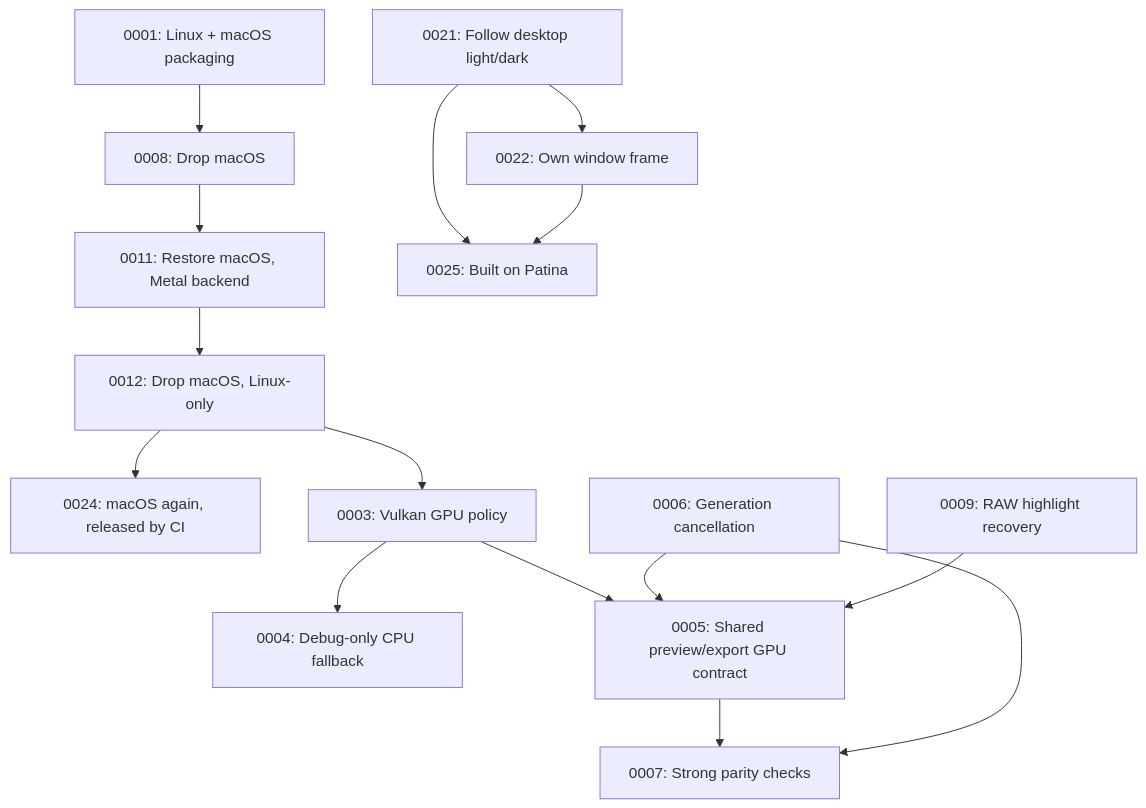
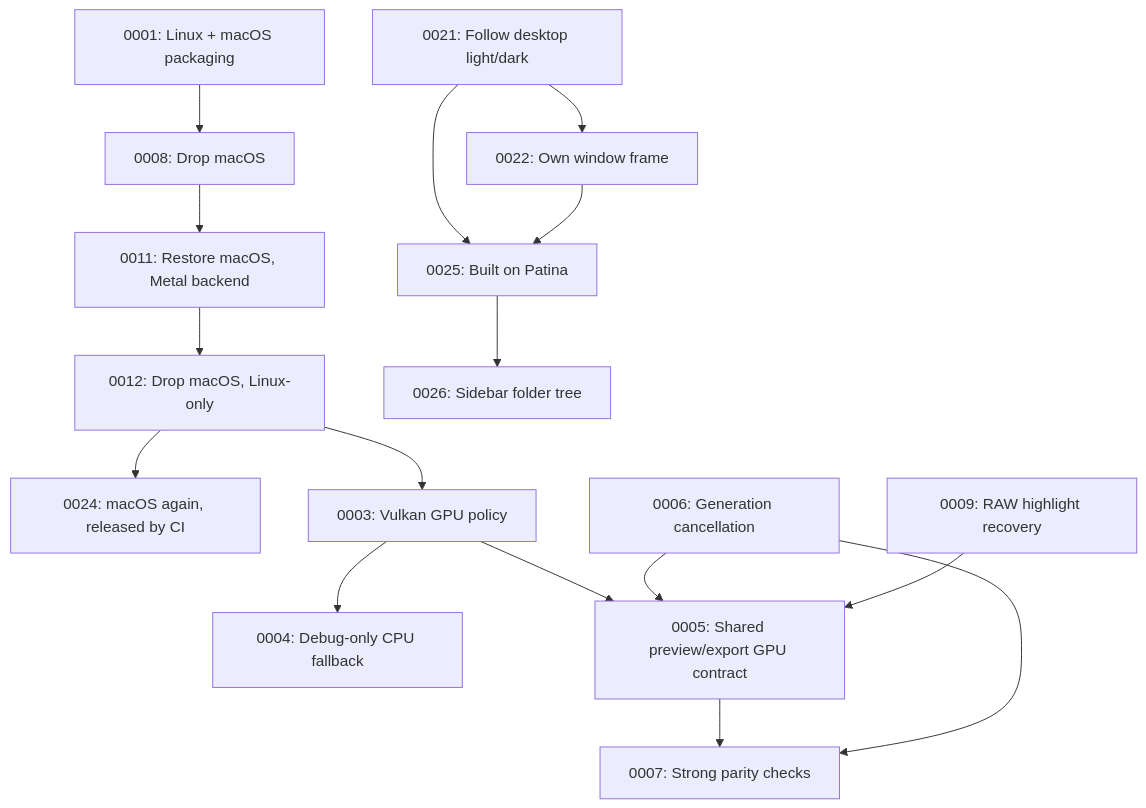
Before and after one commit to divanvisagie/Photograph: the diagram in docs/adr/README.md, drawn with Mermaid. The commit also changed other lines of this file and 4 other files, not shown here.

First line of the commit message:
Sidebar folder tree from Patina (ADR-0026)

````diff
--- a/docs/adr/README.md
+++ b/docs/adr/README.md
@@ -69,17 +70,18 @@
 ```mermaid
 flowchart TD
     P1[0001: Linux + macOS packaging] --> P8[0008: Drop macOS]
     P8 --> P11[0011: Restore macOS, Metal backend]
     P11 --> P12[0012: Drop macOS, Linux-only]
     P12 --> P24[0024: macOS again, released by CI]
     P12 --> A[0003: Vulkan GPU policy]
     A --> B[0004: Debug-only CPU fallback]
     A --> C[0005: Shared preview/export GPU contract]
     C --> E[0007: Strong parity checks]
     D[0006: Generation cancellation] --> C
     D --> E
     F[0009: RAW highlight recovery] --> C
     T[0021: Follow desktop light/dark] --> W[0022: Own window frame]
     T --> PA[0025: Built on Patina]
     W --> PA
+    PA --> TR[0026: Sidebar folder tree]
 ```
````
